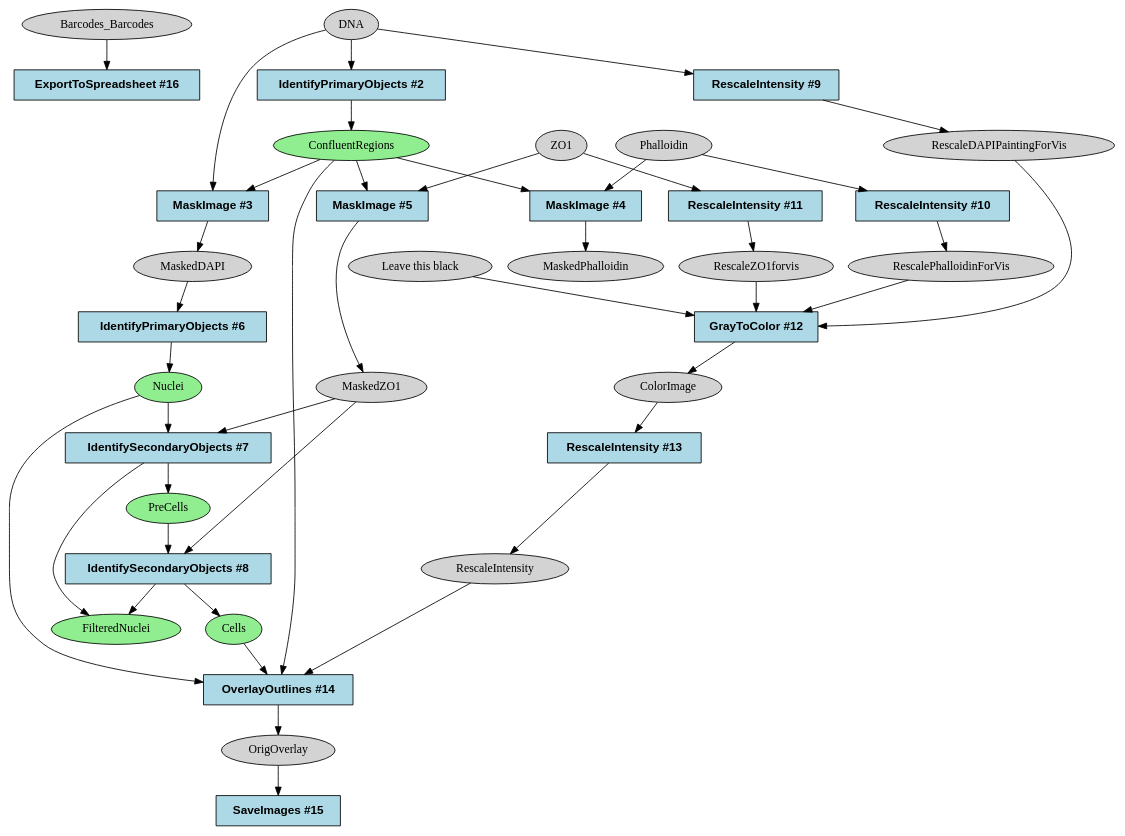
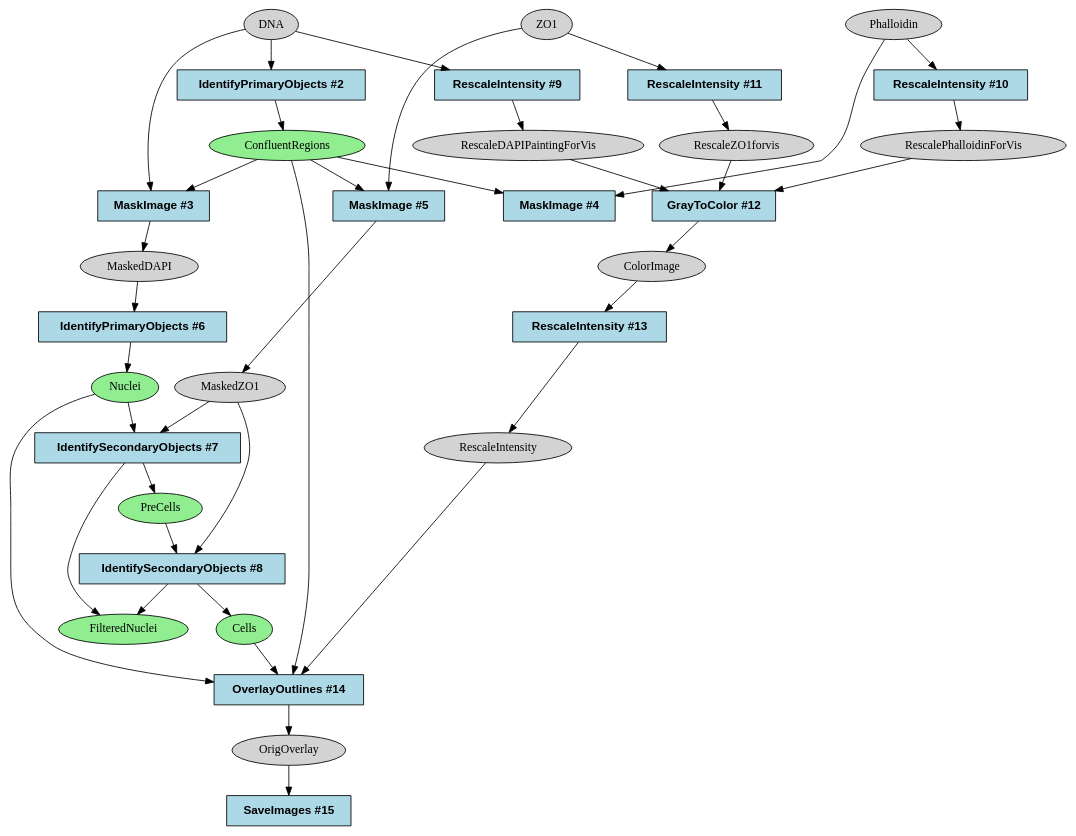
The diagram in docs/tester/assets/pcpip-pipelines/_ref_graph_format/dot/ref_3_CP_SegmentationCheck.dot (broadinstitute/starrynight), drawn with Graphviz before and after one commit. The commit also changed 22 other files, not shown here.

Commit message:
doc(starrynight): update graphs

```diff
--- a/docs/tester/assets/pcpip-pipelines/_ref_graph_format/dot/ref_3_CP_SegmentationCheck.dot
+++ b/docs/tester/assets/pcpip-pipelines/_ref_graph_format/dot/ref_3_CP_SegmentationCheck.dot
@@ -1,77 +1,73 @@
 strict digraph {
-ExportToSpreadsheet_1de119ea [type=module, label="ExportToSpreadsheet #16", module_name=ExportToSpreadsheet, module_num=16, original_num=16, stable_id="ExportToSpreadsheet_1de119ea", enabled=True, shape=box, style=filled, fontname="Helvetica-Bold", fillcolor=lightblue];
 GrayToColor_d1a21ac6 [type=module, label="GrayToColor #12", module_name=GrayToColor, module_num=12, original_num=12, stable_id="GrayToColor_d1a21ac6", enabled=True, shape=box, style=filled, fontname="Helvetica-Bold", fillcolor=lightblue];
 IdentifyPrimaryObjects_2a46ae0b [type=module, label="IdentifyPrimaryObjects #2", module_name=IdentifyPrimaryObjects, module_num=2, original_num=2, stable_id="IdentifyPrimaryObjects_2a46ae0b", enabled=True, shape=box, style=filled, fontname="Helvetica-Bold", fillcolor=lightblue];
 IdentifyPrimaryObjects_4c20beda [type=module, label="IdentifyPrimaryObjects #6", module_name=IdentifyPrimaryObjects, module_num=6, original_num=6, stable_id="IdentifyPrimaryObjects_4c20beda", enabled=True, shape=box, style=filled, fontname="Helvetica-Bold", fillcolor=lightblue];
 IdentifySecondaryObjects_7ee30c54 [type=module, label="IdentifySecondaryObjects #8", module_name=IdentifySecondaryObjects, module_num=8, original_num=8, stable_id="IdentifySecondaryObjects_7ee30c54", enabled=True, shape=box, style=filled, fontname="Helvetica-Bold", fillcolor=lightblue];
 IdentifySecondaryObjects_e49539f5 [type=module, label="IdentifySecondaryObjects #7", module_name=IdentifySecondaryObjects, module_num=7, original_num=7, stable_id="IdentifySecondaryObjects_e49539f5", enabled=True, shape=box, style=filled, fontname="Helvetica-Bold", fillcolor=lightblue];
 MaskImage_15781b3c [type=module, label="MaskImage #4", module_name=MaskImage, module_num=4, original_num=4, stable_id="MaskImage_15781b3c", enabled=True, shape=box, style=filled, fontname="Helvetica-Bold", fillcolor=lightblue];
 MaskImage_3d148662 [type=module, label="MaskImage #3", module_name=MaskImage, module_num=3, original_num=3, stable_id="MaskImage_3d148662", enabled=True, shape=box, style=filled, fontname="Helvetica-Bold", fillcolor=lightblue];
 MaskImage_6a245811 [type=module, label="MaskImage #5", module_name=MaskImage, module_num=5, original_num=5, stable_id="MaskImage_6a245811", enabled=True, shape=box, style=filled, fontname="Helvetica-Bold", fillcolor=lightblue];
 OverlayOutlines_e700eb17 [type=module, label="OverlayOutlines #14", module_name=OverlayOutlines, module_num=14, original_num=14, stable_id="OverlayOutlines_e700eb17", enabled=True, shape=box, style=filled, fontname="Helvetica-Bold", fillcolor=lightblue];
 RescaleIntensity_3e52e236 [type=module, label="RescaleIntensity #11", module_name=RescaleIntensity, module_num=11, original_num=11, stable_id="RescaleIntensity_3e52e236", enabled=True, shape=box, style=filled, fontname="Helvetica-Bold", fillcolor=lightblue];
 RescaleIntensity_4210b283 [type=module, label="RescaleIntensity #9", module_name=RescaleIntensity, module_num=9, original_num=9, stable_id="RescaleIntensity_4210b283", enabled=True, shape=box, style=filled, fontname="Helvetica-Bold", fillcolor=lightblue];
 RescaleIntensity_5d3ba968 [type=module, label="RescaleIntensity #13", module_name=RescaleIntensity, module_num=13, original_num=13, stable_id="RescaleIntensity_5d3ba968", enabled=True, shape=box, style=filled, fontname="Helvetica-Bold", fillcolor=lightblue];
 RescaleIntensity_5da0ec4a [type=module, label="RescaleIntensity #10", module_name=RescaleIntensity, module_num=10, original_num=10, stable_id="RescaleIntensity_5da0ec4a", enabled=True, shape=box, style=filled, fontname="Helvetica-Bold", fillcolor=lightblue];
 SaveImages_491701a3 [type=module, label="SaveImages #15", module_name=SaveImages, module_num=15, original_num=15, stable_id="SaveImages_491701a3", enabled=True, shape=box, style=filled, fontname="Helvetica-Bold", fillcolor=lightblue];
-image__Barcodes_Barcodes [type=image, label="Barcodes_Barcodes", shape=ellipse, style=filled, fillcolor=lightgray];
 image__ColorImage [type=image, label=ColorImage, shape=ellipse, style=filled, fillcolor=lightgray];
 image__DNA [type=image, label=DNA, shape=ellipse, style=filled, fillcolor=lightgray];
-"image__Leave this black" [type=image, label="Leave this black", shape=ellipse, style=filled, fillcolor=lightgray];
 image__MaskedDAPI [type=image, label=MaskedDAPI, shape=ellipse, style=filled, fillcolor=lightgray];
-image__MaskedPhalloidin [type=image, label=MaskedPhalloidin, shape=ellipse, style=filled, fillcolor=lightgray];
 image__MaskedZO1 [type=image, label=MaskedZO1, shape=ellipse, style=filled, fillcolor=lightgray];
 image__OrigOverlay [type=image, label=OrigOverlay, shape=ellipse, style=filled, fillcolor=lightgray];
 image__Phalloidin [type=image, label=Phalloidin, shape=ellipse, style=filled, fillcolor=lightgray];
 image__RescaleDAPIPaintingForVis [type=image, label=RescaleDAPIPaintingForVis, shape=ellipse, style=filled, fillcolor=lightgray];
 image__RescaleIntensity [type=image, label=RescaleIntensity, shape=ellipse, style=filled, fillcolor=lightgray];
 image__RescalePhalloidinForVis [type=image, label=RescalePhalloidinForVis, shape=ellipse, style=filled, fillcolor=lightgray];
 image__RescaleZO1forvis [type=image, label=RescaleZO1forvis, shape=ellipse, style=filled, fillcolor=lightgray];
 image__ZO1 [type=image, label=ZO1, shape=ellipse, style=filled, fillcolor=lightgray];
 object__Cells [type=object, label=Cells, shape=ellipse, style=filled, fillcolor=lightgreen];
 object__ConfluentRegions [type=object, label=ConfluentRegions, shape=ellipse, style=filled, fillcolor=lightgreen];
 object__FilteredNuclei [type=object, label=FilteredNuclei, shape=ellipse, style=filled, fillcolor=lightgreen];
 object__Nuclei [type=object, label=Nuclei, shape=ellipse, style=filled, fillcolor=lightgreen];
 object__PreCells [type=object, label=PreCells, shape=ellipse, style=filled, fillcolor=lightgreen];
 GrayToColor_d1a21ac6 -> image__ColorImage [type="image_output"];
 IdentifyPrimaryObjects_2a46ae0b -> object__ConfluentRegions [type="object_output"];
 IdentifyPrimaryObjects_4c20beda -> object__Nuclei [type="object_output"];
 IdentifySecondaryObjects_7ee30c54 -> object__Cells [type="object_output"];
 IdentifySecondaryObjects_7ee30c54 -> object__FilteredNuclei [type="object_output"];
 IdentifySecondaryObjects_e49539f5 -> object__FilteredNuclei [type="object_output"];
 IdentifySecondaryObjects_e49539f5 -> object__PreCells [type="object_output"];
-MaskImage_15781b3c -> image__MaskedPhalloidin [type="image_output"];
 MaskImage_3d148662 -> image__MaskedDAPI [type="image_output"];
 MaskImage_6a245811 -> image__MaskedZO1 [type="image_output"];
 OverlayOutlines_e700eb17 -> image__OrigOverlay [type="image_output"];
 RescaleIntensity_3e52e236 -> image__RescaleZO1forvis [type="image_output"];
 RescaleIntensity_4210b283 -> image__RescaleDAPIPaintingForVis [type="image_output"];
 RescaleIntensity_5d3ba968 -> image__RescaleIntensity [type="image_output"];
 RescaleIntensity_5da0ec4a -> image__RescalePhalloidinForVis [type="image_output"];
-image__Barcodes_Barcodes -> ExportToSpreadsheet_1de119ea [type="image_input"];
 image__ColorImage -> RescaleIntensity_5d3ba968 [type="image_input"];
 image__DNA -> IdentifyPrimaryObjects_2a46ae0b [type="image_input"];
 image__DNA -> MaskImage_3d148662 [type="image_input"];
 image__DNA -> RescaleIntensity_4210b283 [type="image_input"];
-"image__Leave this black" -> GrayToColor_d1a21ac6 [type="image_input"];
 image__MaskedDAPI -> IdentifyPrimaryObjects_4c20beda [type="image_input"];
 image__MaskedZO1 -> IdentifySecondaryObjects_7ee30c54 [type="image_input"];
 image__MaskedZO1 -> IdentifySecondaryObjects_e49539f5 [type="image_input"];
 image__OrigOverlay -> SaveImages_491701a3 [type="image_input"];
 image__Phalloidin -> MaskImage_15781b3c [type="image_input"];
 image__Phalloidin -> RescaleIntensity_5da0ec4a [type="image_input"];
 image__RescaleDAPIPaintingForVis -> GrayToColor_d1a21ac6 [type="image_input"];
 image__RescaleIntensity -> OverlayOutlines_e700eb17 [type="image_input"];
 image__RescalePhalloidinForVis -> GrayToColor_d1a21ac6 [type="image_input"];
 image__RescaleZO1forvis -> GrayToColor_d1a21ac6 [type="image_input"];
 image__ZO1 -> MaskImage_6a245811 [type="image_input"];
 image__ZO1 -> RescaleIntensity_3e52e236 [type="image_input"];
 object__Cells -> OverlayOutlines_e700eb17 [type="object_input"];
 object__ConfluentRegions -> MaskImage_15781b3c [type="object_input"];
 object__ConfluentRegions -> MaskImage_3d148662 [type="object_input"];
 object__ConfluentRegions -> MaskImage_6a245811 [type="object_input"];
 object__ConfluentRegions -> OverlayOutlines_e700eb17 [type="object_input"];
 object__Nuclei -> IdentifySecondaryObjects_e49539f5 [type="object_input"];
 object__Nuclei -> OverlayOutlines_e700eb17 [type="object_input"];
 object__PreCells -> IdentifySecondaryObjects_7ee30c54 [type="object_input"];
+
+  {rank = min; image__DNA; image__Phalloidin; image__ZO1;}
+  {rank = max; SaveImages_491701a3;}
 }
```
